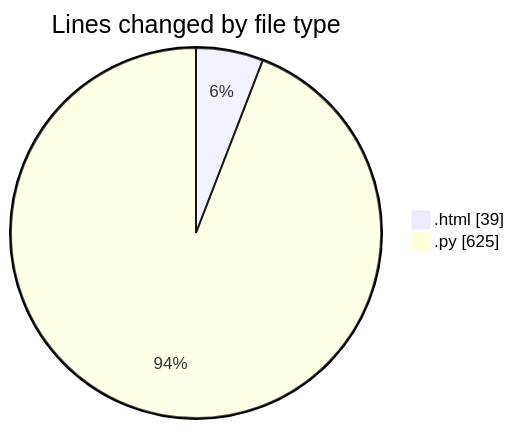
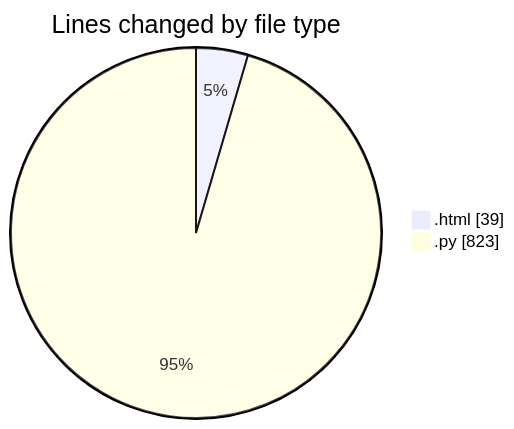
One commit to Ritupan-Deka/code-tracking changed the first of 2 diagrams in 2025-06-22/___base/README.md. Above: the diagram before and after it, drawn with Mermaid. The commit also changed other lines of this file and 1 other file, not shown here.

````diff
--- a/2025-06-22/___base/README.md
+++ b/2025-06-22/___base/README.md
@@ -21,6 +21,6 @@
 ```mermaid
 pie showData
 title Lines changed by file type
 ".html" : 39
-".py" : 625
+".py" : 823
 ```
````
